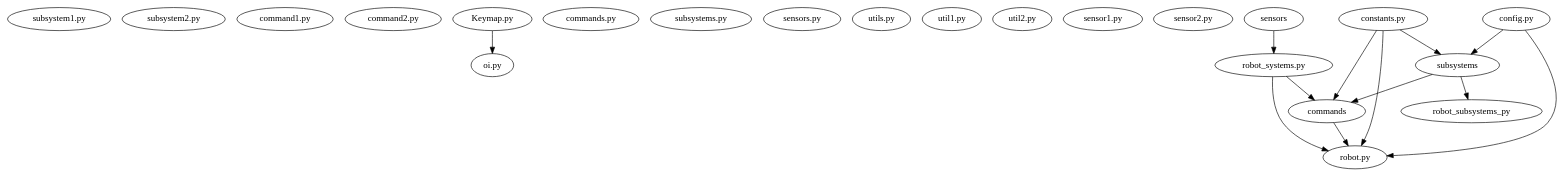
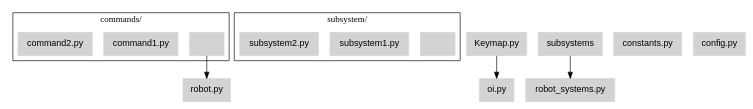
The diagram in docs/code/file_structure.rst (Choate-Robotics/Programming-SOPs), drawn with Graphviz before and after one commit.

```diff
--- a/docs/code/file_structure.rst
+++ b/docs/code/file_structure.rst
@@ -9,57 +9,43 @@
 .. graphviz::
 
 
     digraph file_structure {
 
-        subgraph subsystems {
+        node [shape=box, style=filled, color=lightgrey, fontname=helvetica]
+
+
+            // Clusters for folders
+        subgraph cluster_commands {
+            label="commands/"
+            commands [label=""]
+            command1_py [label="command1.py"]
+            command2_py [label="command2.py"]
+            // Add more example files in the commands folder, if needed
+        }
+
+        subgraph cluster_subsystem {
+            label="subsystem/"
+            subsystem [label=""]
             subsystem1_py [label="subsystem1.py"]
             subsystem2_py [label="subsystem2.py"]
-        }
-
-        subgraph commands {
-            command1_py [label="command1.py"]
-            command2_py [label="command2.py"]
+            // Add more example files in the subsystem folder, if needed
         }
 
         subgraph oi {
             oi_py [label="oi.py"]
             Keymap_py [label="Keymap.py"]
             Keymap_py -> oi_py
         }
 
-        subgraph tests {
-            commands_tests_py [label="commands.py"]
-            subsystems_tests_py [label="subsystems.py"]
-            sensors_tests_py [label="sensors.py"]
-            utils_tests_py [label="utils.py"]
-        }
 
-        subgraph utils {
-            util1_py [label="util1.py"]
-            util2_py [label="util2.py"]
-        }
-
-        subgraph sensors {
-            sensor1_py [label="sensor1.py"]
-            sensor2_py [label="sensor2.py"]
-        }
 
         robot_py [label="robot.py"]
         robot_systems_py [label="robot_systems.py"]
         constants_py [label="constants.py"]
         config_py [label="config.py"]
 
-        subsystems -> robot_subsystems_py
-        sensors -> robot_systems_py
-        robot_systems_py -> commands
-        robot_systems_py -> robot_py
-        subsystems -> commands
+        subsystems -> robot_systems_py
         commands -> robot_py
-        constants_py -> robot_py
-        config_py -> robot_py
-        constants_py -> subsystems
-        constants_py -> commands
-        config_py -> subsystems
-        
+
         
     }
```
